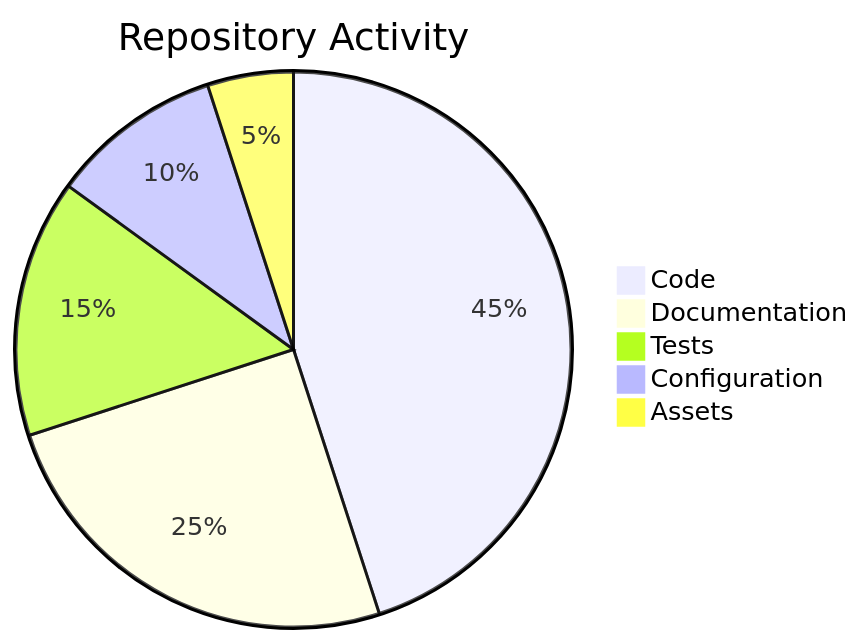
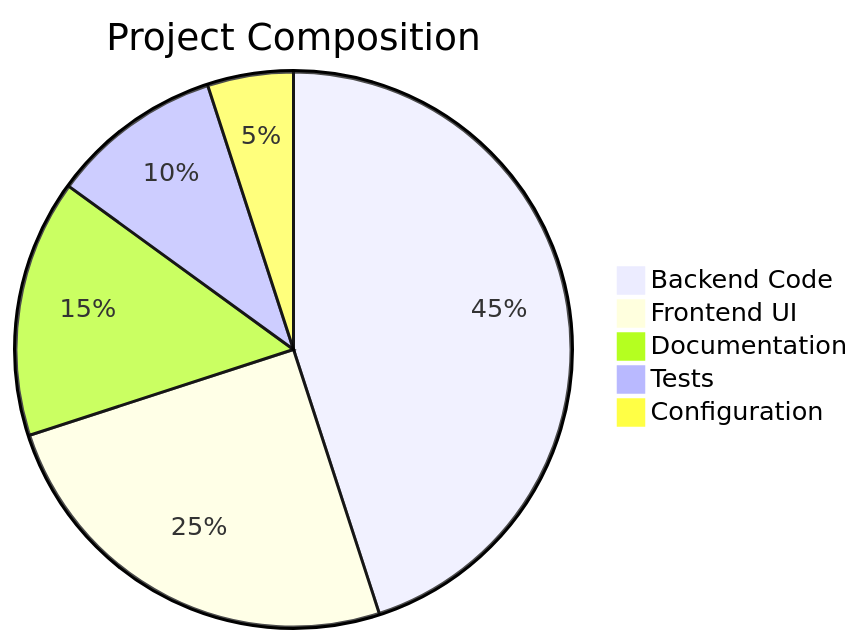
Before and after one commit to ZiadMahmoud2003/hospital-management-rbac: the tenth of 11 diagrams in README.md, drawn with Mermaid. The commit also changed other lines of this file, not shown here.

````diff
--- a/README.md
+++ b/README.md
@@ -822,8 +1153,8 @@
 ```mermaid
-pie title Repository Activity
-    "Code" : 45
-    "Documentation" : 25
-    "Tests" : 15
-    "Configuration" : 10
-    "Assets" : 5
+pie title Project Composition
+    "Backend Code" : 45
+    "Frontend UI" : 25
+    "Documentation" : 15
+    "Tests" : 10
+    "Configuration" : 5
 ```
````
